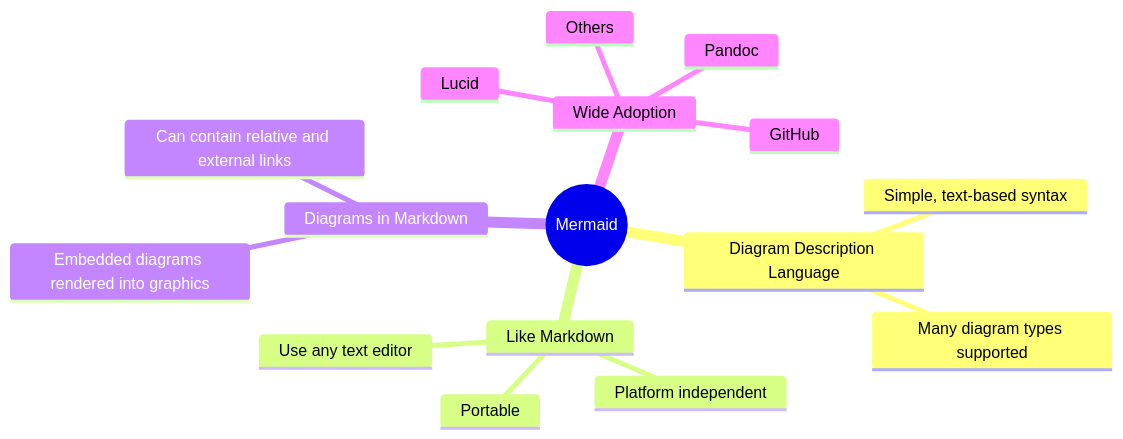
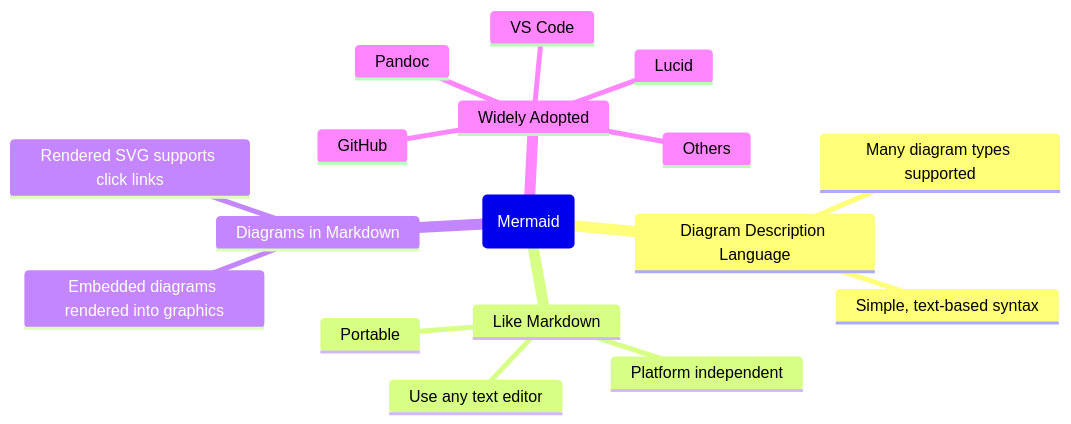
The third of 8 diagrams in README.md (buckeye43210/markdown-to-snowkb), drawn with Mermaid before and after one commit.

Commit message:
revising document

````diff
--- a/README.md
+++ b/README.md
@@ -126,19 +126,20 @@
 ```mermaid
 mindmap
-  root((Mermaid))
+  root(Mermaid)
     Diagram Description Language
       Simple, text-based syntax
       Many diagram types supported
     Like Markdown
       Portable
       Platform independent
       Use any text editor
     Diagrams in Markdown
       Embedded diagrams rendered into graphics
-      Can contain relative and external links
-    Wide Adoption
+      Rendered SVG supports click links
+    Widely Adopted
       Lucid
       GitHub
       Pandoc
+      VS Code
       Others
 ```
````
